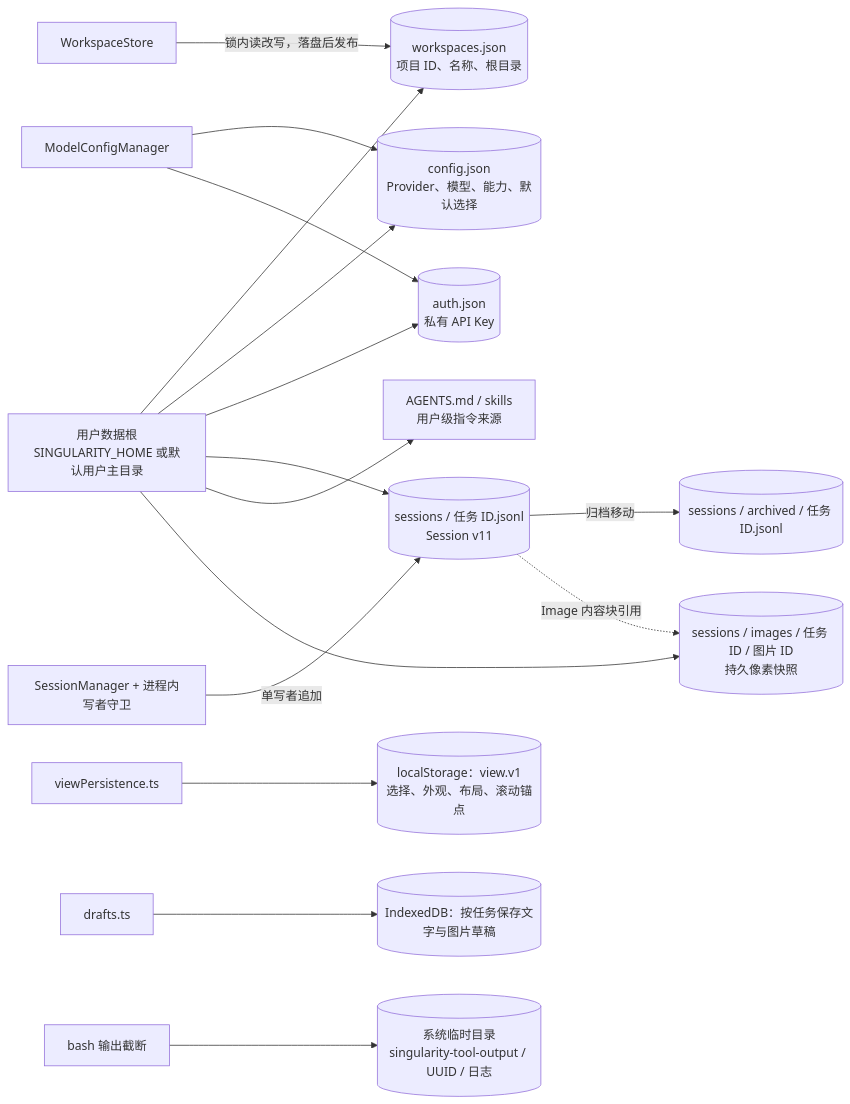
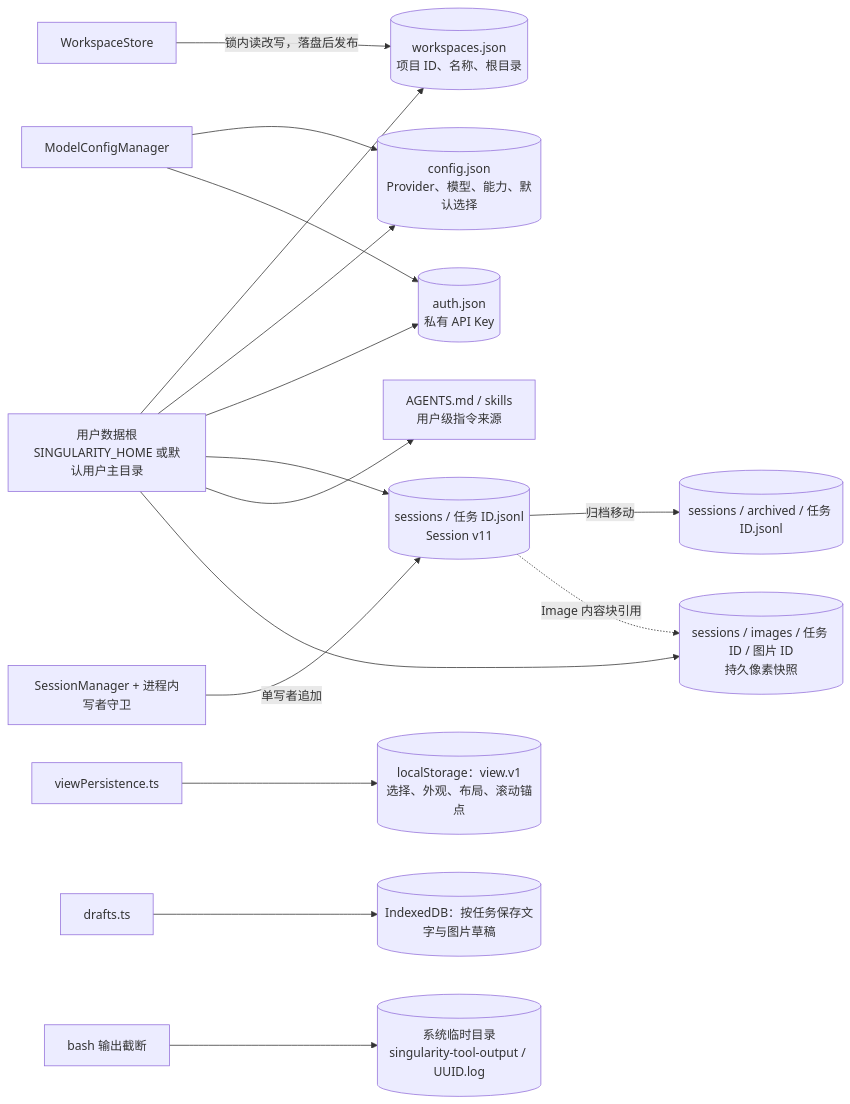
One commit to qjcnmd/singularity-agent changed the sixth of 29 diagrams in docs/architecture.md. Above: the diagram before and after it, drawn with Mermaid. The commit also changed other lines of this file and 15 other files, not shown here.

````diff
--- a/docs/architecture.md
+++ b/docs/architecture.md
@@ -163,18 +163,18 @@
 ```mermaid
 flowchart LR
     Home["用户数据根<br/>SINGULARITY_HOME 或默认用户主目录"] --> WorkspaceRegistryFile[("workspaces.json<br/>项目 ID、名称、根目录")]
     Home --> Config[("config.json<br/>Provider、模型、能力、默认选择")]
     Home --> Auth[("auth.json<br/>私有 API Key")]
     Home --> Ledger[("sessions / 任务 ID.jsonl<br/>Session v11")]
     Ledger -->|"归档移动"| Archive[("sessions / archived / 任务 ID.jsonl")]
     Home --> Instructions["AGENTS.md / skills<br/>用户级指令来源"]
     WorkspaceStore["WorkspaceStore"] -->|"锁内读改写，落盘后发布"| WorkspaceRegistryFile
     ModelManager["ModelConfigManager"] --> Config
     ModelManager --> Auth
     Manager["SessionManager + 进程内写者守卫"] -->|"单写者追加"| Ledger
     Browser["viewPersistence.ts"] --> View[("localStorage：view.v1<br/>选择、外观、布局、滚动锚点")]
     DraftStore["drafts.ts"] --> Draft[("IndexedDB：按任务保存文字与图片草稿")]
     Home --> Images[("sessions / images / 任务 ID / 图片 ID<br/>持久像素快照")]
     Ledger -.->|"Image 内容块引用"| Images
-    Bash["bash 输出截断"] --> Temp[("系统临时目录<br/>singularity-tool-output / UUID / 日志")]
+    Bash["bash 输出截断"] --> Temp[("系统临时目录<br/>singularity-tool-output / UUID.log")]
 ```
````
